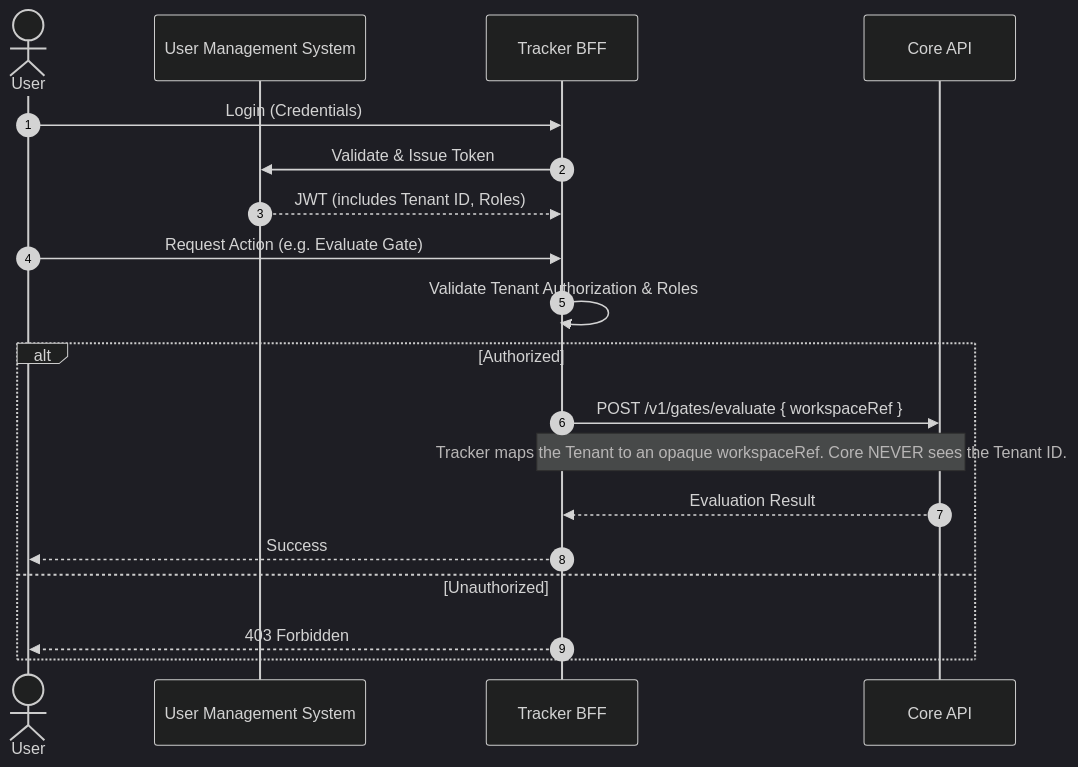
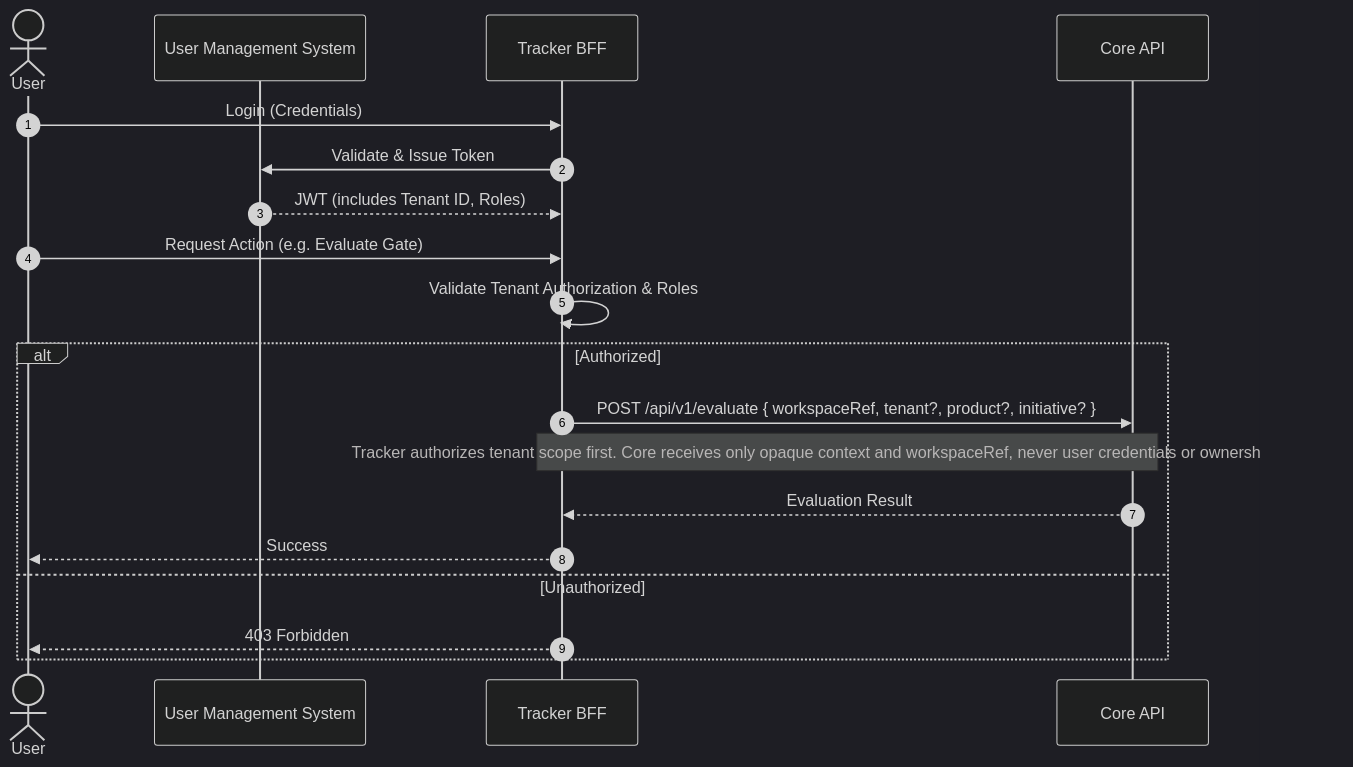
Before and after one commit to beyondnetcode/evolith_arch32: the diagram in reference/architecture/views/view-by-tenant.md, drawn with Mermaid (dark theme). The commit also changed other lines of this file and 41 other files, not shown here.

Commit message:
docs: align architecture reference with implementation

````diff
--- a/reference/architecture/views/view-by-tenant.md
+++ b/reference/architecture/views/view-by-tenant.md
@@ -16,24 +16,24 @@
 ```mermaid
 sequenceDiagram
     autonumber
     actor User
     participant UMS as User Management System
     participant Tracker as Tracker BFF
     participant Core as Core API
 
     User->>Tracker: Login (Credentials)
     Tracker->>UMS: Validate & Issue Token
     UMS-->>Tracker: JWT (includes Tenant ID, Roles)
     
     User->>Tracker: Request Action (e.g. Evaluate Gate)
     Tracker->>Tracker: Validate Tenant Authorization & Roles
     
     alt Authorized
-        Tracker->>Core: POST /v1/gates/evaluate { workspaceRef }
-        Note over Tracker, Core: Tracker maps the Tenant to an opaque workspaceRef. Core NEVER sees the Tenant ID.
+        Tracker->>Core: POST /api/v1/evaluate { workspaceRef, tenant?, product?, initiative? }
+        Note over Tracker, Core: Tracker authorizes tenant scope first. Core receives only opaque context and workspaceRef, never user credentials or ownership authority.
         Core-->>Tracker: Evaluation Result
         Tracker-->>User: Success
     else Unauthorized
         Tracker-->>User: 403 Forbidden
     end
 ```
````
